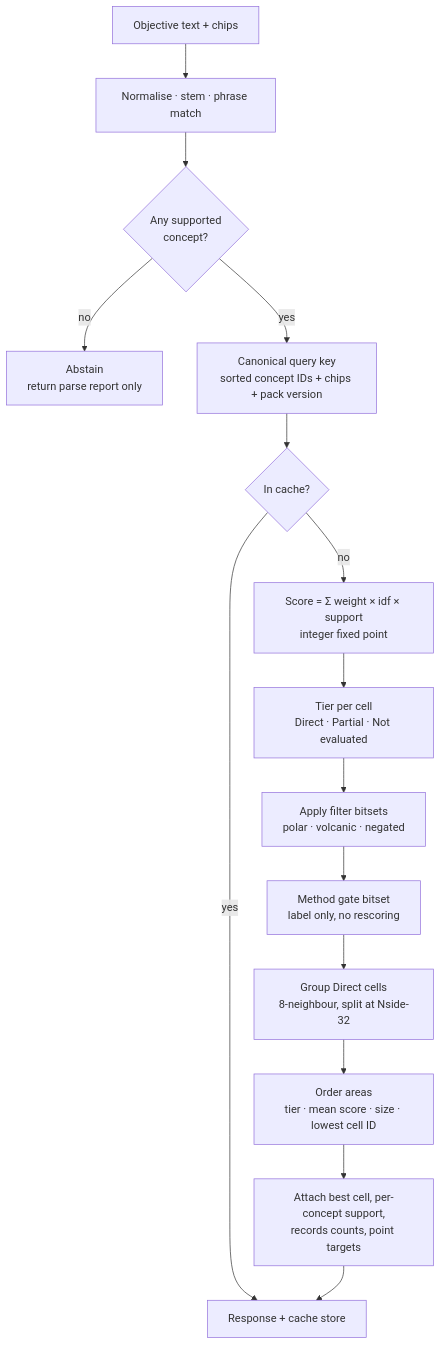
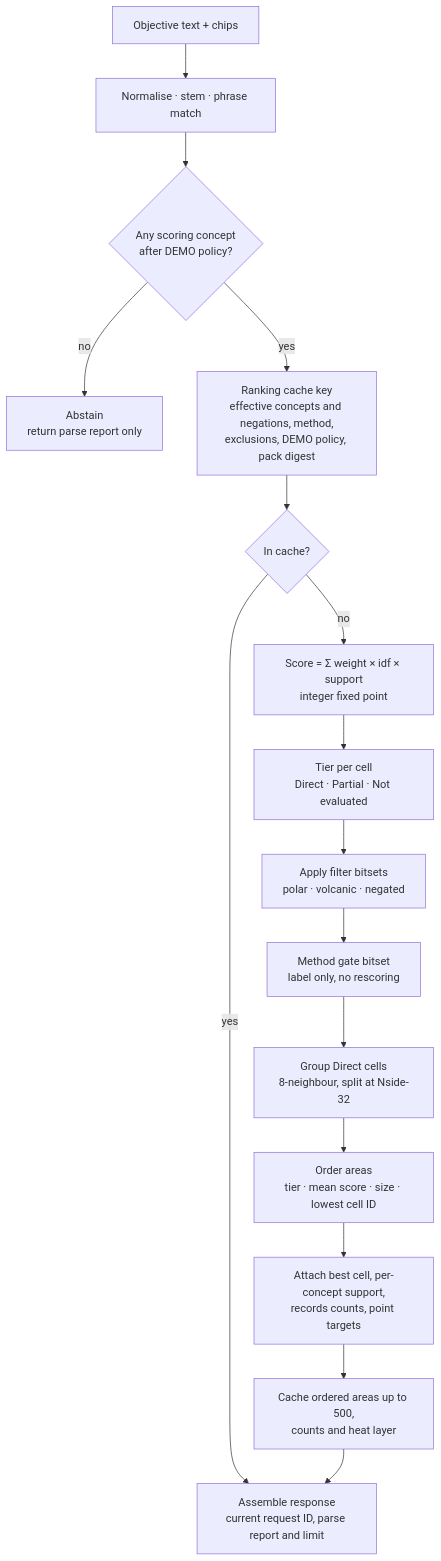
One commit to AbhimanthaW/Periapsis changed the fourth of 7 diagrams in docs/region-ranking/BUILD-PLAN.md. Above: the diagram before and after it, drawn with Mermaid. The commit also changed other lines of this file and 1 other file, not shown here.

Commit message:
Isolate demo rankings and assemble responses after cache lookup

````diff
--- a/docs/region-ranking/BUILD-PLAN.md
+++ b/docs/region-ranking/BUILD-PLAN.md
@@ -172,17 +172,18 @@
 ```mermaid
 flowchart TD
   A[Objective text + chips] --> B[Normalise · stem · phrase match]
-  B --> C{Any supported<br/>concept?}
+  B --> C{Any scoring concept<br/>after DEMO policy?}
   C -->|no| Z[Abstain<br/>return parse report only]
-  C -->|yes| D[Canonical query key<br/>sorted concept IDs + chips + pack version]
+  C -->|yes| D[Ranking cache key<br/>effective concepts and negations, method,<br/>exclusions, DEMO policy, pack digest]
   D --> E{In cache?}
   E -->|yes| O
   E -->|no| F[Score = Σ weight × idf × support<br/>integer fixed point]
   F --> G[Tier per cell<br/>Direct · Partial · Not evaluated]
   G --> H[Apply filter bitsets<br/>polar · volcanic · negated]
   H --> I[Method gate bitset<br/>label only, no rescoring]
   I --> J[Group Direct cells<br/>8-neighbour, split at Nside-32]
   J --> K[Order areas<br/>tier · mean score · size · lowest cell ID]
   K --> L[Attach best cell, per-concept support,<br/>records counts, point targets]
-  L --> O[Response + cache store]
+  L --> M[Cache ordered areas up to 500,<br/>counts and heat layer]
+  M --> O[Assemble response<br/>current request ID, parse report and limit]
 ```
````
